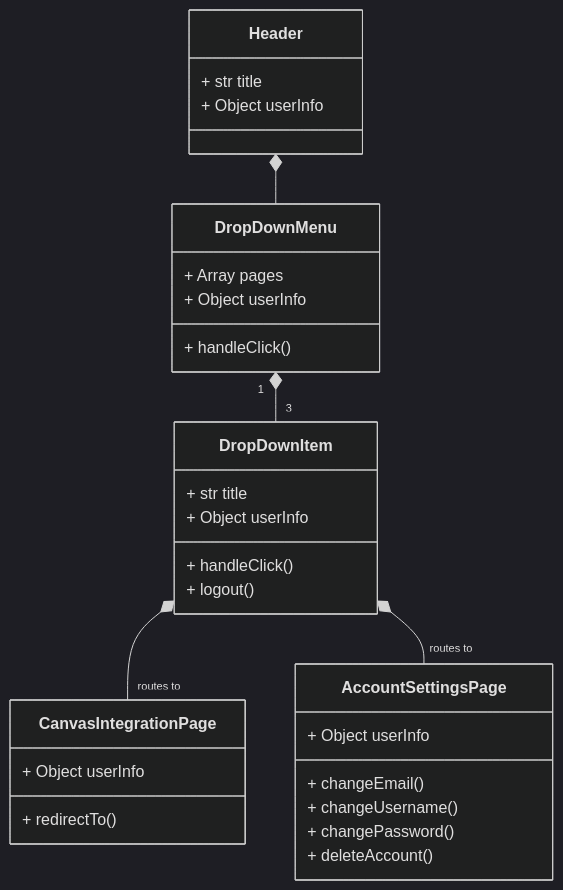
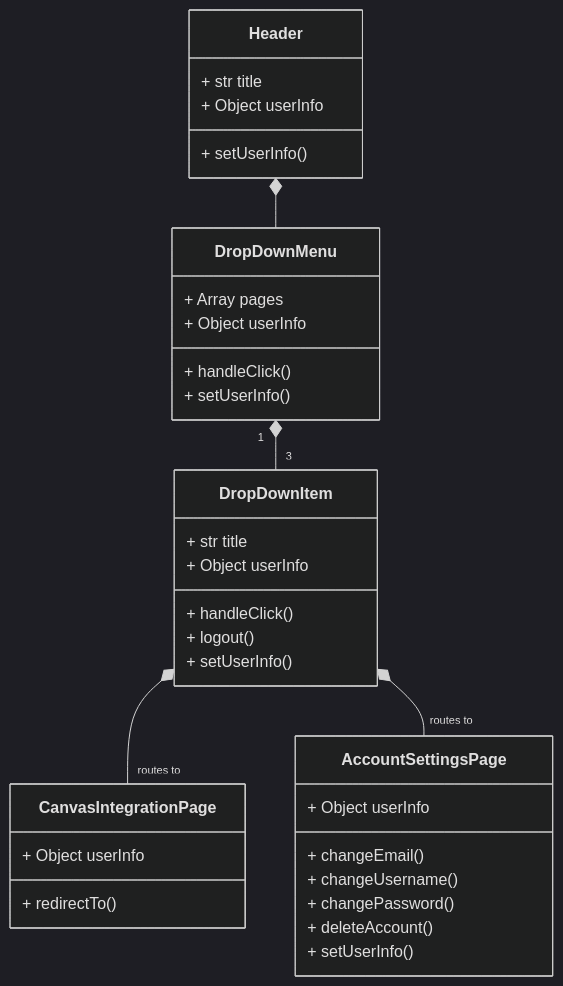
One commit to Capstone-Projects-2023-Spring/project-virtual-pet changed the fourth of 5 diagrams in documentation/docs/system-architecture/class-diagrams.md. Above: the diagram before and after it, drawn with Mermaid (dark theme). The commit also changed other lines of this file and 1 other file, not shown here.

Commit message:
update classdoc and class diagram

````diff
--- a/documentation/docs/system-architecture/class-diagrams.md
+++ b/documentation/docs/system-architecture/class-diagrams.md
@@ -432,35 +438,39 @@
 ```mermaid
 classDiagram
     Header *-- DropDownMenu
 
     DropDownMenu "1"*--"3" DropDownItem
     DropDownItem *--"routes to" CanvasIntegrationPage
     DropDownItem *-- "routes to" AccountSettingsPage
 
     class Header {
         + str title
         + Object userInfo   
+        + setUserInfo()
     }
     class DropDownMenu {
         + Array pages
         + Object userInfo     
         + handleClick()  
+        + setUserInfo()
     }
     class DropDownItem {
         + str title 
         + Object userInfo   
         + handleClick()
         + logout()
+        + setUserInfo()
     }
     class CanvasIntegrationPage {
         + Object userInfo   
         + redirectTo()
     }
     class AccountSettingsPage {
         + Object userInfo   
         + changeEmail()
         + changeUsername()
         + changePassword()
-        + deleteAccount()        
+        + deleteAccount()   
+        + setUserInfo()     
     }
 ```
````
